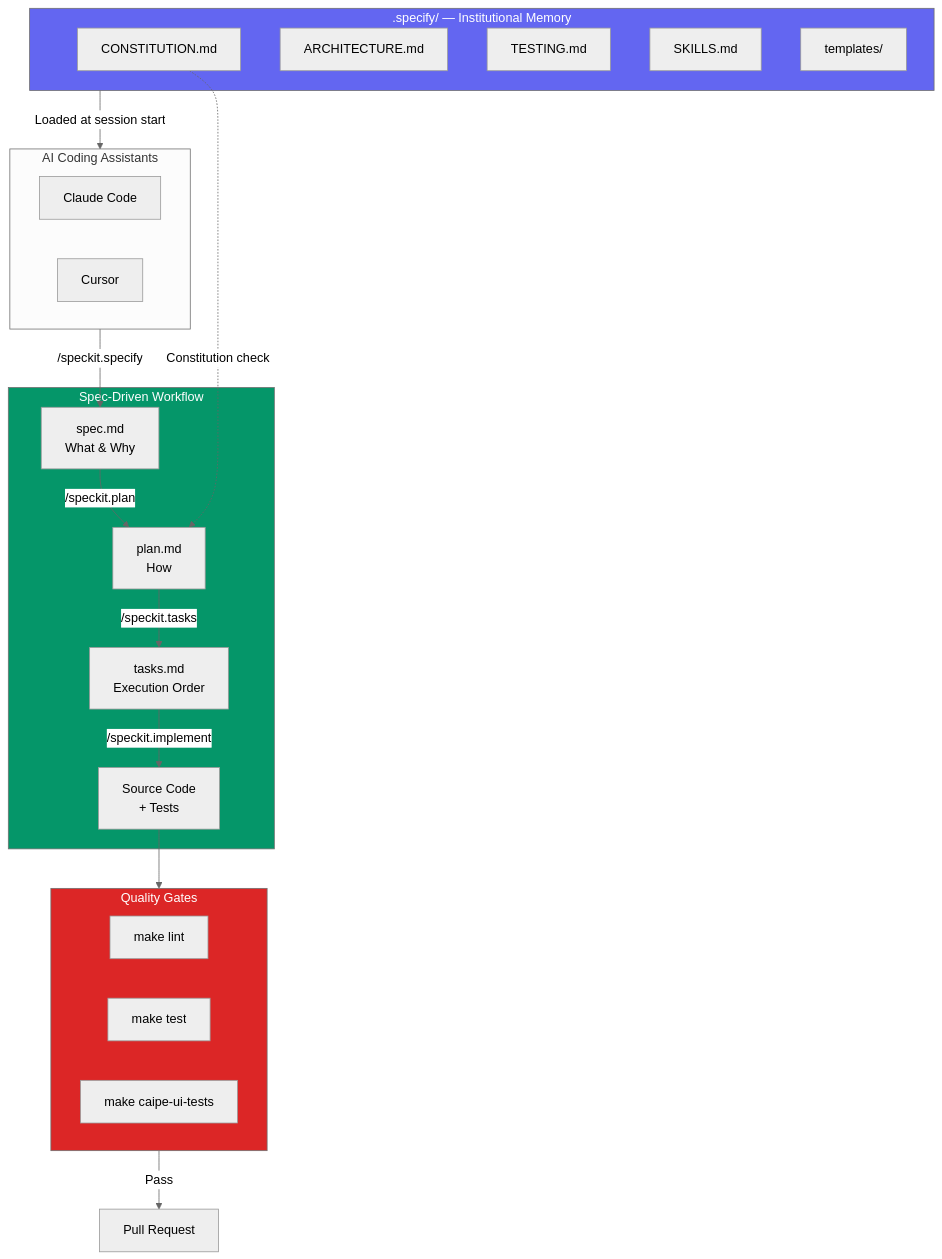
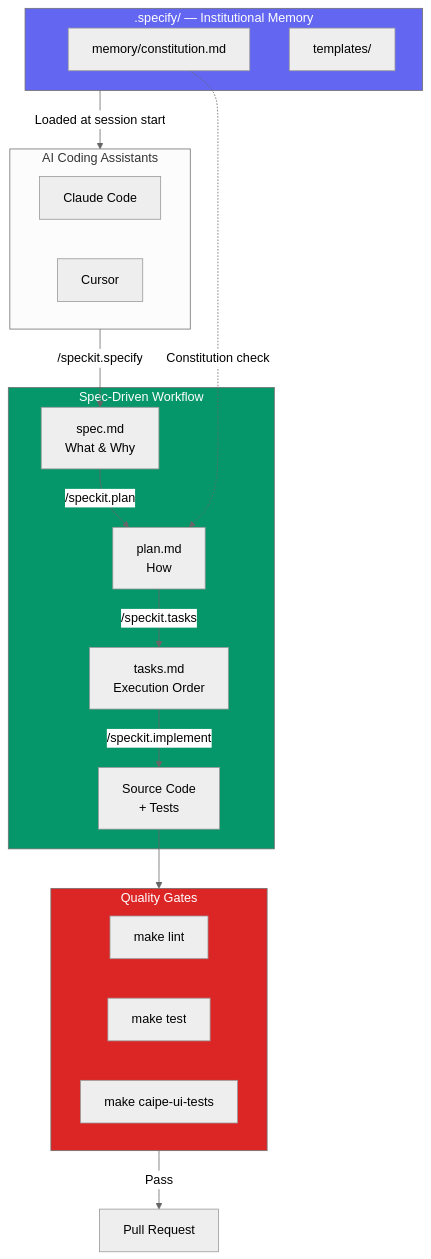
The second of 2 diagrams in _posts/2026-03-17-spec-kit-scaffolding-with-ai-coding-assistants.md (sriaradhyula/sriaradhyula.github.io), drawn with Mermaid (neutral theme) before and after one commit. The commit also changed other lines of this file and 14 other files, not shown here.

````diff
--- a/_posts/2026-03-17-spec-kit-scaffolding-with-ai-coding-assistants.md
+++ b/_posts/2026-03-17-spec-kit-scaffolding-with-ai-coding-assistants.md
@@ -427,41 +302,38 @@
 ```mermaid
 flowchart TB
     subgraph Memory [".specify/ — Institutional Memory"]
-        CONST["CONSTITUTION.md"]
-        ARCH["ARCHITECTURE.md"]
-        TEST["TESTING.md"]
-        SKILLS["SKILLS.md"]
+        CONST["memory/constitution.md"]
         TMPL["templates/"]
     end
 
     subgraph Workflow ["Spec-Driven Workflow"]
         SPEC["spec.md<br/>What & Why"]
         PLAN["plan.md<br/>How"]
         TASKS["tasks.md<br/>Execution Order"]
         CODE["Source Code<br/>+ Tests"]
     end
 
     subgraph Tools ["AI Coding Assistants"]
         CC["Claude Code"]
         CU["Cursor"]
     end
 
     subgraph CI ["Quality Gates"]
         LINT["make lint"]
         UTEST["make test"]
         UITEST["make caipe-ui-tests"]
     end
 
     Memory -->|"Loaded at session start"| Tools
     Tools -->|"/speckit.specify"| SPEC
     SPEC -->|"/speckit.plan"| PLAN
     PLAN -->|"/speckit.tasks"| TASKS
     TASKS -->|"/speckit.implement"| CODE
     CODE --> CI
     CI -->|"Pass"| PR["Pull Request"]
     CONST -.->|"Constitution check"| PLAN
 
     style Memory fill:#6366f1,color:#fff
     style Workflow fill:#059669,color:#fff
     style CI fill:#dc2626,color:#fff
 ```
````
